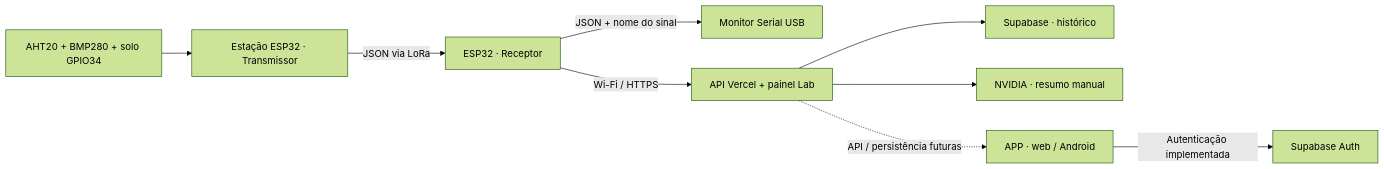
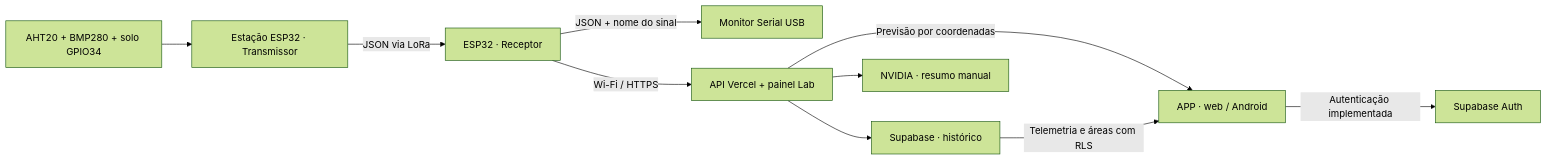
The diagram in README.md (Vitorhrm/Agrosense), drawn with Mermaid (forest theme) before and after one commit. The commit also changed other lines of this file and 45 other files, not shown here.

Commit message:
Integra telemetria, áreas, culturas e previsão ao AgroSense

````diff
--- a/README.md
+++ b/README.md
@@ -49,11 +28,12 @@
 ```mermaid
 flowchart LR
     Sensors["AHT20 + BMP280 + solo GPIO34"] --> Station["Estação ESP32 · Transmissor"]
     Station -->|"JSON via LoRa"| Receiver["ESP32 · Receptor"]
     Receiver -->|"JSON + nome do sinal"| Serial["Monitor Serial USB"]
     Receiver -->|"Wi-Fi / HTTPS"| Backend["API Vercel + painel Lab"]
     Backend --> Database["Supabase · histórico"]
     Backend --> Nvidia["NVIDIA · resumo manual"]
-    Backend -. "API / persistência futuras" .-> App["APP · web / Android"]
+    Backend -->|"Previsão por coordenadas"| App["APP · web / Android"]
+    Database -->|"Telemetria e áreas com RLS"| App
     App -->|"Autenticação implementada"| Supabase["Supabase Auth"]
 ```
````
